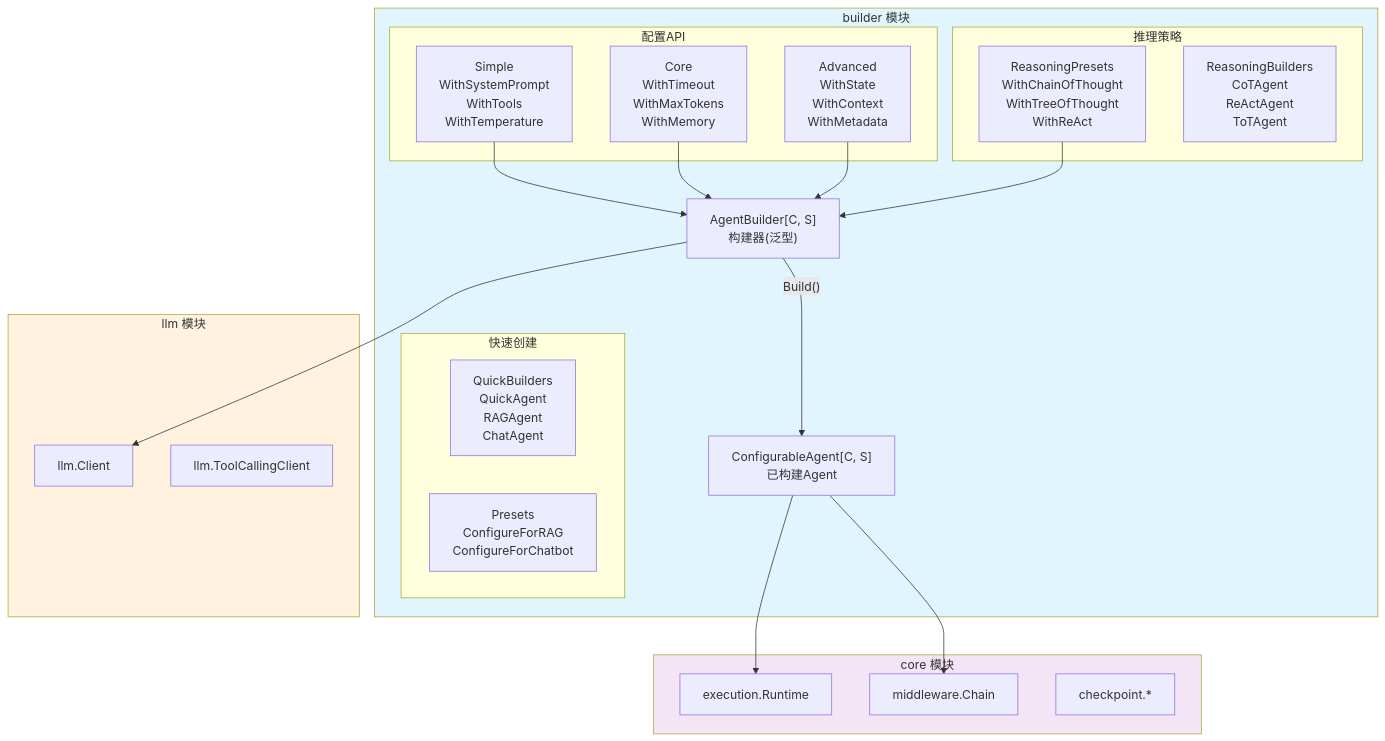
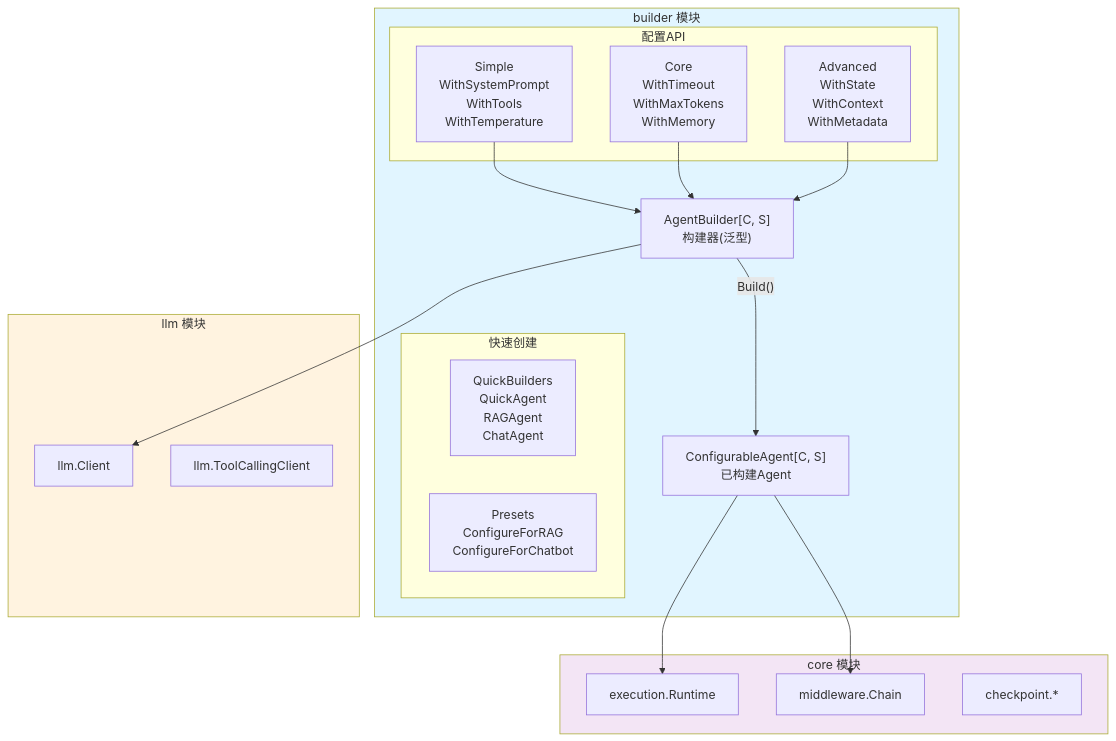
The first of 2 diagrams in builder/README.md (kart-io/goagent), drawn with Mermaid before and after one commit. The commit also changed other lines of this file and 30 other files, not shown here.

````diff
--- a/builder/README.md
+++ b/builder/README.md
@@ -20,48 +20,42 @@
 ```mermaid
 graph TD
     subgraph Builder["builder 模块"]
         AB["AgentBuilder[C, S]<br/>构建器(泛型)"]
         CA["ConfigurableAgent[C, S]<br/>已构建Agent"]
 
         subgraph "配置API"
             SC["Simple<br/>WithSystemPrompt<br/>WithTools<br/>WithTemperature"]
             CO["Core<br/>WithTimeout<br/>WithMaxTokens<br/>WithMemory"]
             AD["Advanced<br/>WithState<br/>WithContext<br/>WithMetadata"]
-        end
-
-        subgraph "推理策略"
-            RP["ReasoningPresets<br/>WithChainOfThought<br/>WithTreeOfThought<br/>WithReAct"]
-            RB["ReasoningBuilders<br/>CoTAgent<br/>ReActAgent<br/>ToTAgent"]
         end
 
         subgraph "快速创建"
             QK["QuickBuilders<br/>QuickAgent<br/>RAGAgent<br/>ChatAgent"]
             PS["Presets<br/>ConfigureForRAG<br/>ConfigureForChatbot"]
         end
     end
 
     subgraph Core["core 模块"]
         RT["execution.Runtime"]
         MC["middleware.Chain"]
         CP["checkpoint.*"]
     end
 
     subgraph LLM["llm 模块"]
         LLC["llm.Client"]
         TCL["llm.ToolCallingClient"]
     end
 
     AB -->|"Build()"| CA
     SC --> AB
     CO --> AB
     AD --> AB
-    RP --> AB
 
     AB --> LLC
     CA --> RT
     CA --> MC
 
     style Builder fill:#e1f5ff
     style Core fill:#f3e5f5
     style LLM fill:#fff3e0
 ```
````
